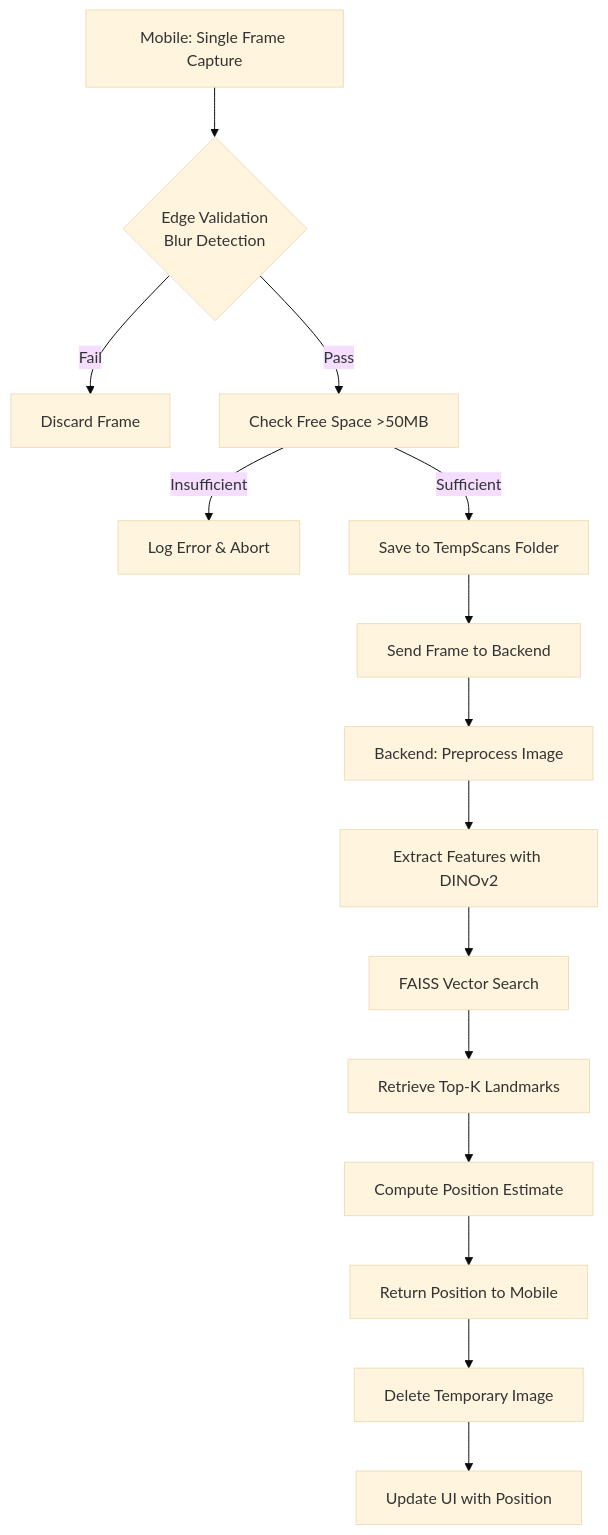
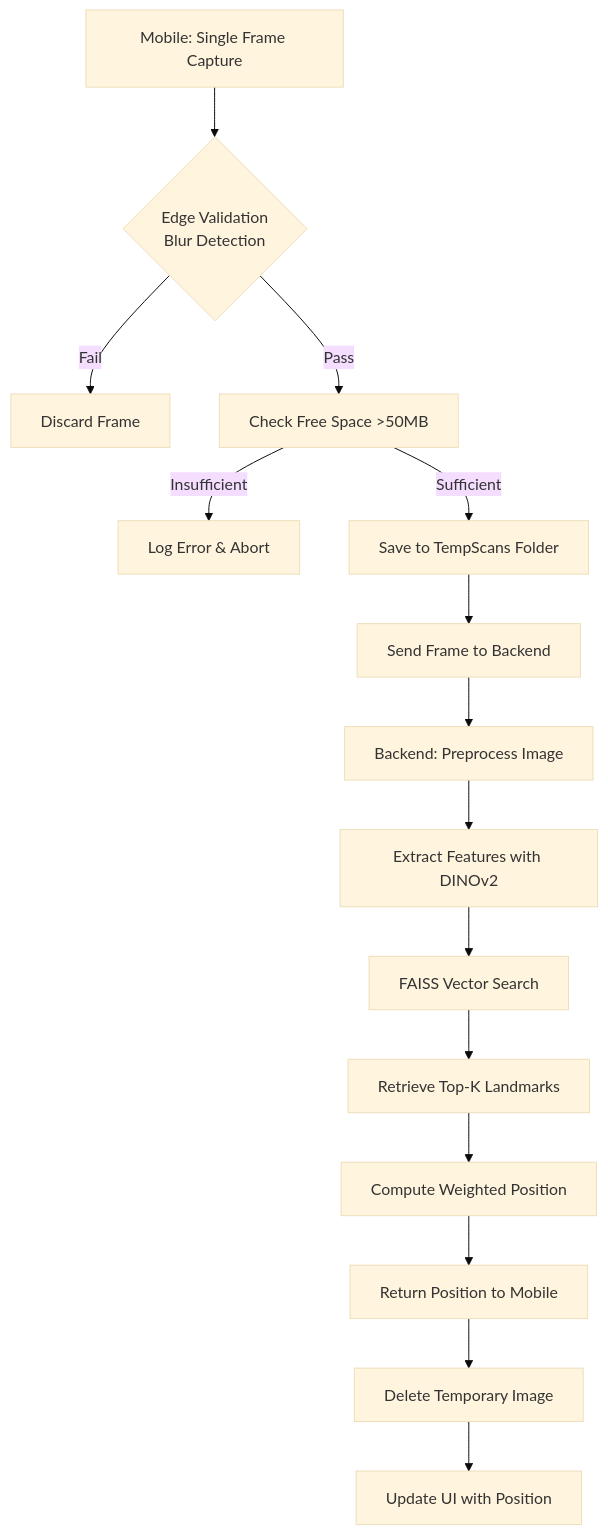
One commit to NVGTNTeam-VGGT-AnyLock/Navigation-with-vggt-and-vit-anylock- changed the second of 2 diagrams in navisense_context.md. Above: the diagram before and after it, drawn with Mermaid (base theme). The commit also changed other lines of this file and 20 other files, not shown here.

````diff
--- a/navisense_context.md
+++ b/navisense_context.md
@@ -67,17 +128,17 @@
 ```mermaid
 graph TD
     A[Mobile: Single Frame Capture] --> B{Edge Validation<br>Blur Detection};
     B -- Fail --> C[Discard Frame];
     B -- Pass --> D[Check Free Space >50MB];
     D -- Insufficient --> E[Log Error & Abort];
     D -- Sufficient --> F[Save to TempScans Folder];
     F --> G[Send Frame to Backend];
     G --> H[Backend: Preprocess Image];
     H --> I[Extract Features with DINOv2];
     I --> J[FAISS Vector Search];
     J --> K[Retrieve Top‑K Landmarks];
-    K --> L[Compute Position Estimate];
+    K --> L[Compute Weighted Position];
     L --> M[Return Position to Mobile];
     M --> N[Delete Temporary Image];
     N --> O[Update UI with Position];
 ```
````
